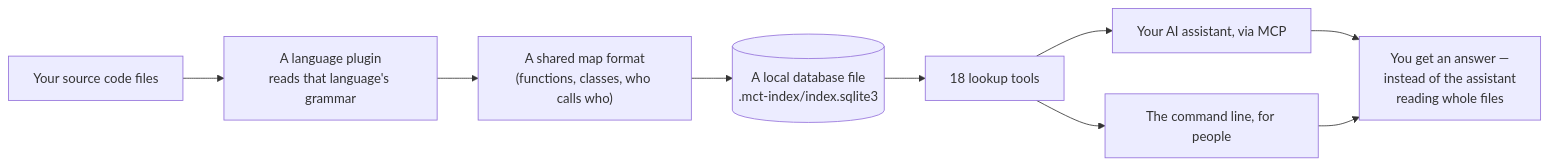
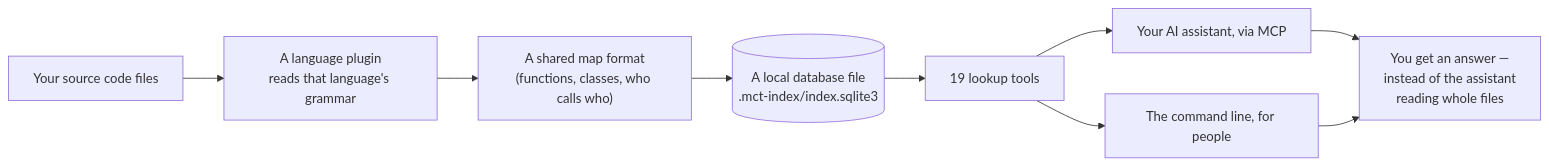
The diagram in ARCHITECTURE.md (Zubiarka8/mini-consumes-tokens), drawn with Mermaid before and after one commit. The commit also changed other lines of this file and 4 other files, not shown here.

````diff
--- a/ARCHITECTURE.md
+++ b/ARCHITECTURE.md
@@ -17,11 +17,11 @@
 ```mermaid
 flowchart LR
     A["Your source code files"] --> B["A language plugin<br/>reads that language's grammar"]
     B --> C["A shared map format<br/>(functions, classes, who calls who)"]
     C --> D[("A local database file<br/>.mct-index/index.sqlite3")]
-    D --> E["18 lookup tools"]
+    D --> E["19 lookup tools"]
     E --> F["Your AI assistant, via MCP"]
     E --> G["The command line, for people"]
     F --> H["You get an answer —<br/>instead of the assistant<br/>reading whole files"]
     G --> H
 ```
````
